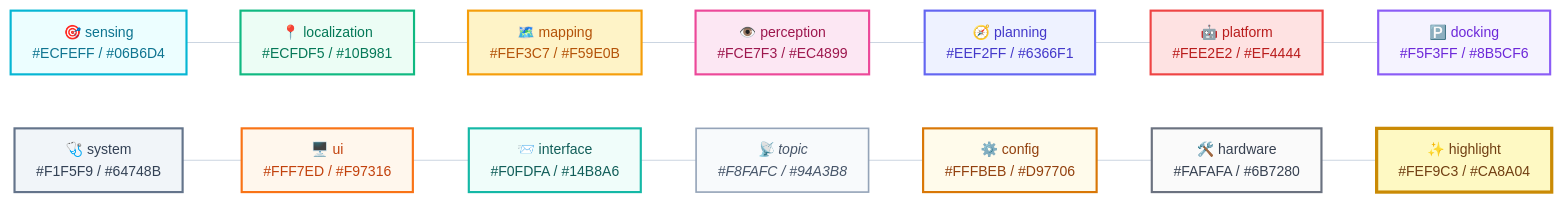
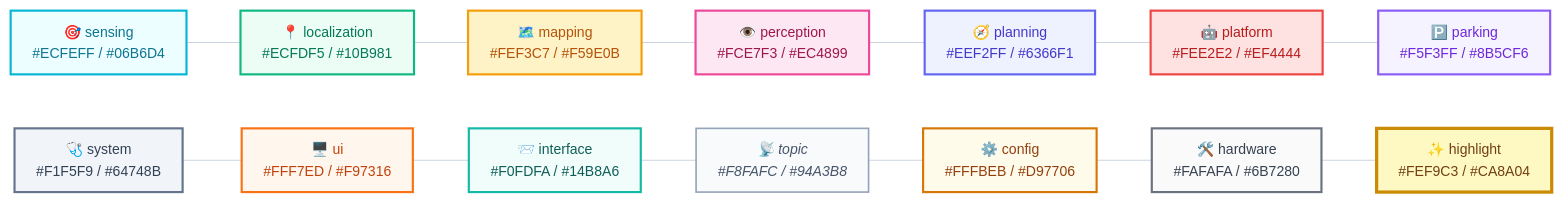
Before and after one commit to hwanhonglee/CAMROD: the diagram in docs/templates/DIAGRAM_PALETTE.md, drawn with Mermaid. The commit also changed other lines of this file and 13 other files, not shown here.

````diff
--- a/docs/templates/DIAGRAM_PALETTE.md
+++ b/docs/templates/DIAGRAM_PALETTE.md
@@ -9,61 +9,61 @@
 ```mermaid
 %%{init: {
   'theme': 'base',
   'themeVariables': {
     'fontFamily': 'ui-sans-serif, system-ui, sans-serif',
     'fontSize': '13px',
     'primaryColor': '#EEF2FF',
     'primaryTextColor': '#0F172A',
     'lineColor': '#CBD5E1'
   },
   'flowchart': { 'curve': 'basis', 'htmlLabels': true, 'padding': 10 }
 }}%%
 graph LR
   classDef sensing      fill:#ECFEFF,stroke:#06B6D4,stroke-width:2px,color:#0E7490;
   classDef localization fill:#ECFDF5,stroke:#10B981,stroke-width:2px,color:#047857;
   classDef mapping      fill:#FEF3C7,stroke:#F59E0B,stroke-width:2px,color:#B45309;
   classDef perception   fill:#FCE7F3,stroke:#EC4899,stroke-width:2px,color:#9D174D;
   classDef planning     fill:#EEF2FF,stroke:#6366F1,stroke-width:2px,color:#4338CA;
   classDef platform     fill:#FEE2E2,stroke:#EF4444,stroke-width:2px,color:#B91C1C;
-  classDef docking      fill:#F5F3FF,stroke:#8B5CF6,stroke-width:2px,color:#6D28D9;
+  classDef parking      fill:#F5F3FF,stroke:#8B5CF6,stroke-width:2px,color:#6D28D9;
   classDef system       fill:#F1F5F9,stroke:#64748B,stroke-width:2px,color:#334155;
   classDef ui           fill:#FFF7ED,stroke:#F97316,stroke-width:2px,color:#C2410C;
   classDef iface        fill:#F0FDFA,stroke:#14B8A6,stroke-width:2px,color:#115E59;
   classDef topic        fill:#F8FAFC,stroke:#94A3B8,stroke-width:1.5px,color:#475569,font-style:italic;
   classDef config       fill:#FFFBEB,stroke:#D97706,stroke-width:2px,color:#92400E;
   classDef hardware     fill:#FAFAFA,stroke:#6B7280,stroke-width:2px,color:#374151;
   classDef highlight    fill:#FEF9C3,stroke:#CA8A04,stroke-width:3px,color:#713F12;
 
   SEN["🎯 sensing\n#ECFEFF / #06B6D4"]
   LOC["📍 localization\n#ECFDF5 / #10B981"]
   MAP["🗺️ mapping\n#FEF3C7 / #F59E0B"]
   PER["👁️ perception\n#FCE7F3 / #EC4899"]
   PLN["🧭 planning\n#EEF2FF / #6366F1"]
   PLT["🤖 platform\n#FEE2E2 / #EF4444"]
-  PKG["🅿️ docking\n#F5F3FF / #8B5CF6"]
+  PKG["🅿️ parking\n#F5F3FF / #8B5CF6"]
   SYS["🩺 system\n#F1F5F9 / #64748B"]
   UI["🖥️ ui\n#FFF7ED / #F97316"]
   IFC["📨 interface\n#F0FDFA / #14B8A6"]
   TOP["📡 topic\n#F8FAFC / #94A3B8"]
   CFG["⚙️ config\n#FFFBEB / #D97706"]
   HW["🛠️ hardware\n#FAFAFA / #6B7280"]
   HI["✨ highlight\n#FEF9C3 / #CA8A04"]
 
   SEN --- LOC --- MAP --- PER --- PLN --- PLT --- PKG
   SYS --- UI --- IFC --- TOP --- CFG --- HW --- HI
 
   class SEN sensing
   class LOC localization
   class MAP mapping
   class PER perception
   class PLN planning
   class PLT platform
-  class PKG docking
+  class PKG parking
   class SYS system
   class UI ui
   class IFC iface
   class TOP topic
   class CFG config
   class HW hardware
   class HI highlight
 ```
````
